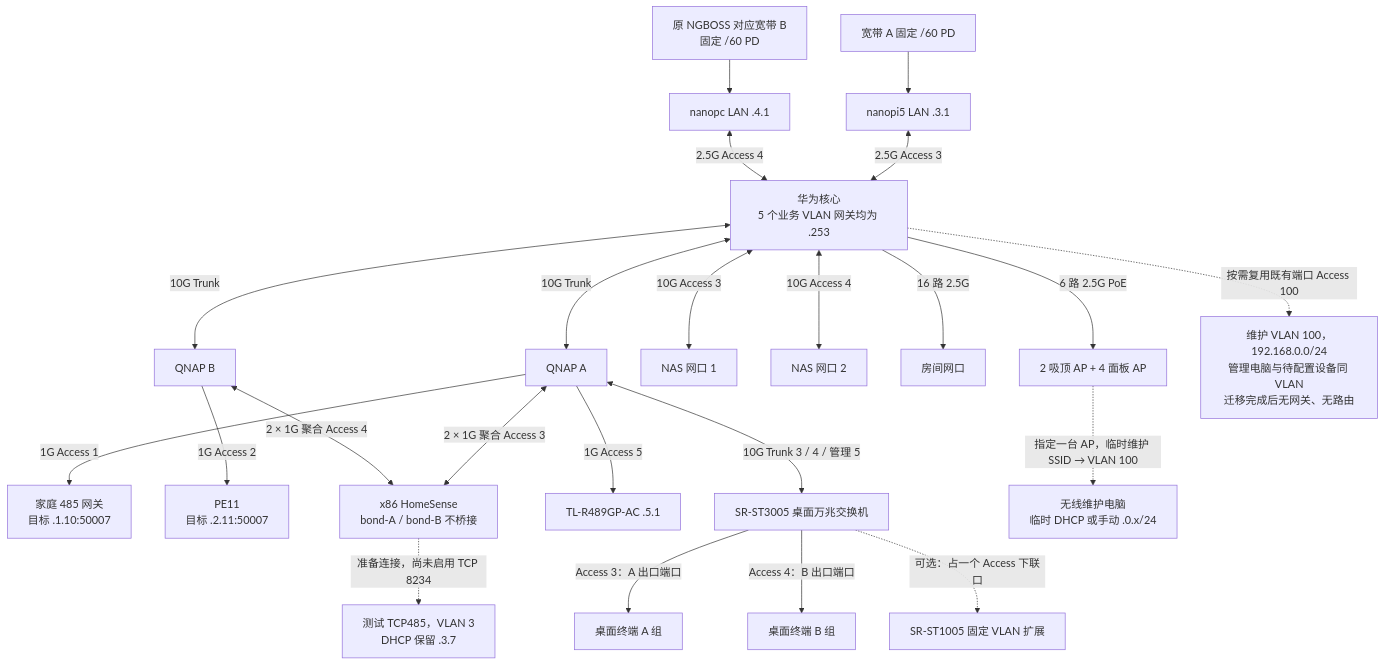
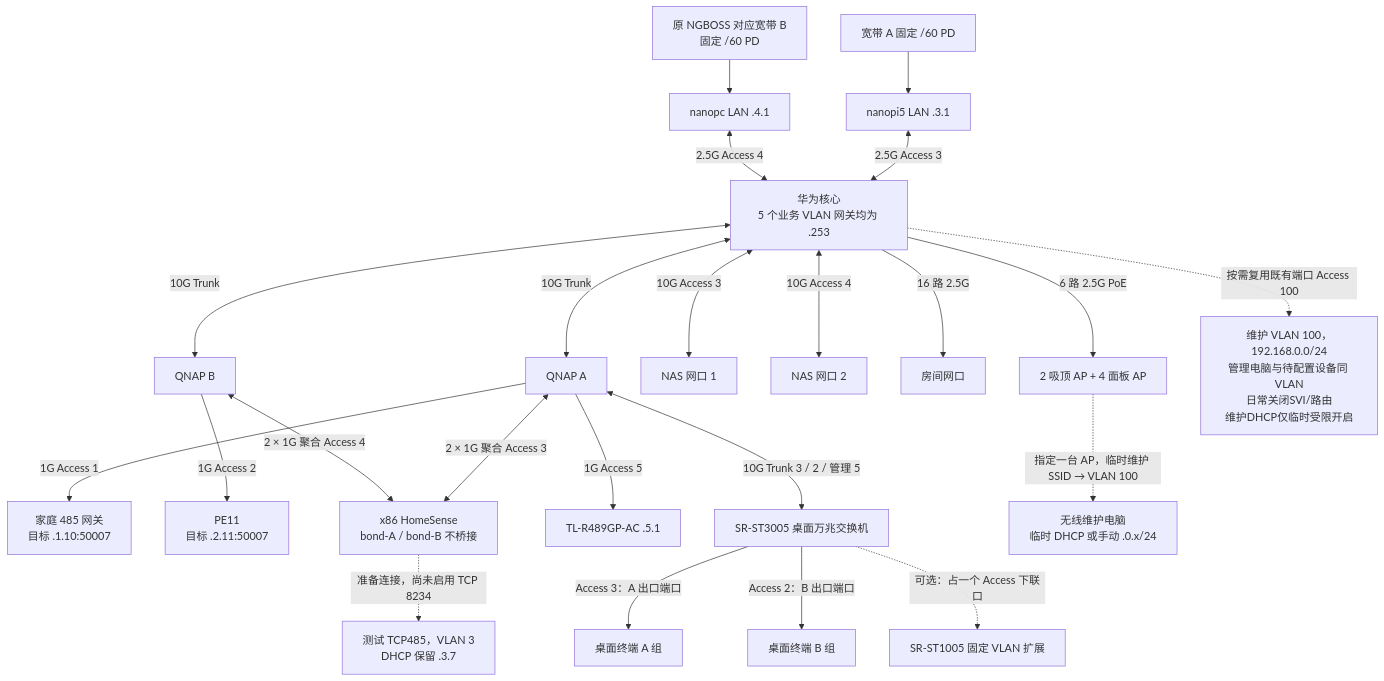
The diagram in docs/network-architecture.md (charwliu/homesense), drawn with Mermaid before and after one commit. The commit also changed other lines of this file and 2 other files, not shown here.

Commit message:
docs(network): align client access with VLAN3 and VLAN2

````diff
--- a/docs/network-architecture.md
+++ b/docs/network-architecture.md
@@ -30,25 +30,25 @@
 ```mermaid
 flowchart TB
     WA["宽带 A 固定 /60 PD"] --> RA["nanopi5 LAN .3.1"]
     WB["原 NGBOSS 对应宽带 B<br/>固定 /60 PD"] --> RB["nanopc LAN .4.1"]
     RA <-->|"2.5G Access 3"| C["华为核心<br/>5 个业务 VLAN 网关均为 .253"]
     RB <-->|"2.5G Access 4"| C
     C <-->|"10G Trunk"| QA["QNAP A"]
     C <-->|"10G Trunk"| QB["QNAP B"]
     QA -->|"1G Access 1"| G1["家庭 485 网关<br/>目标 .1.10:50007"]
     QB -->|"1G Access 2"| G2["PE11<br/>目标 .2.11:50007"]
     C <-->|"10G Access 3"| N1["NAS 网口 1"]
     C <-->|"10G Access 4"| N2["NAS 网口 2"]
     C -->|"16 路 2.5G"| R["房间网口"]
     C -->|"6 路 2.5G PoE"| AP["2 吸顶 AP + 4 面板 AP"]
     QA <-->|"2 × 1G 聚合 Access 3"| X["x86 HomeSense<br/>bond-A / bond-B 不桥接"]
     QB <-->|"2 × 1G 聚合 Access 4"| X
     X -.->|"准备连接，尚未启用 TCP 8234"| T["测试 TCP485，VLAN 3<br/>DHCP 保留 .3.7"]
     QA -->|"1G Access 5"| AC["TL-R489GP-AC .5.1"]
-    QA <-->|"10G Trunk 3 / 4 / 管理 5"| D["SR-ST3005 桌面万兆交换机"]
+    QA <-->|"10G Trunk 3 / 2 / 管理 5"| D["SR-ST3005 桌面万兆交换机"]
     D -->|"Access 3：A 出口端口"| DA["桌面终端 A 组"]
-    D -->|"Access 4：B 出口端口"| DB["桌面终端 B 组"]
+    D -->|"Access 2：B 出口端口"| DB["桌面终端 B 组"]
     D -.->|"可选：占一个 Access 下联口"| S["SR-ST1005 固定 VLAN 扩展"]
-    C -.->|"按需复用既有端口 Access 100"| M["维护 VLAN 100，192.168.0.0/24<br/>管理电脑与待配置设备同 VLAN<br/>迁移完成后无网关、无路由"]
+    C -.->|"按需复用既有端口 Access 100"| M["维护 VLAN 100，192.168.0.0/24<br/>管理电脑与待配置设备同 VLAN<br/>日常关闭SVI/路由<br/>维护DHCP仅临时受限开启"]
     AP -.->|"指定一台 AP，临时维护 SSID → VLAN 100"| MW["无线维护电脑<br/>临时 DHCP 或手动 .0.x/24"]
 ```
````
